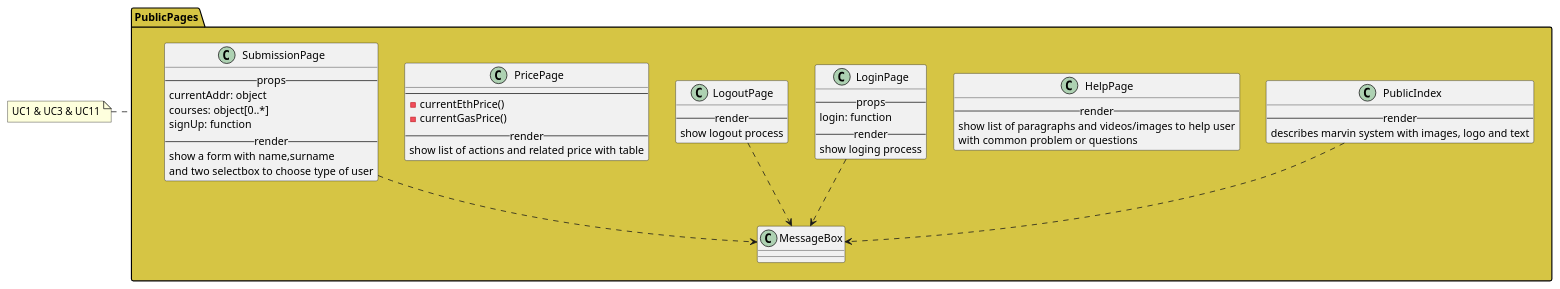
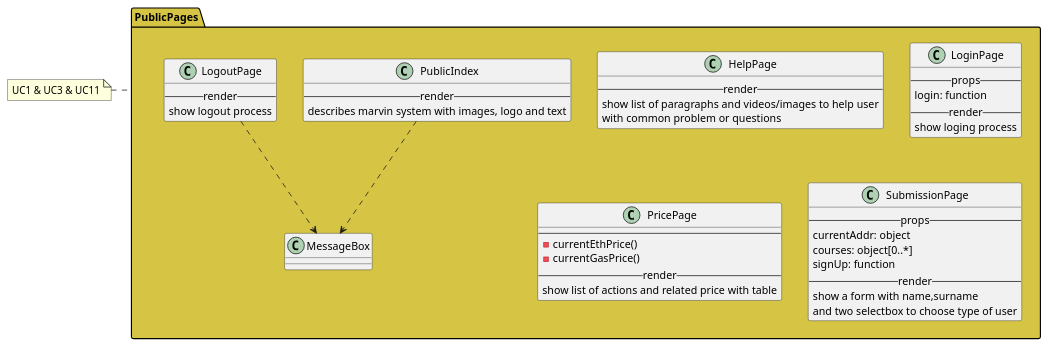
One commit to M9k/Marvin-Uml changed the diagram in react/public/index.iuml. Above: the diagram before and after it, drawn with PlantUML. The commit also changed 11 other files, not shown here.

```diff
--- a/react/public/index.iuml
+++ b/react/public/index.iuml
@@ -1,49 +1,47 @@
 package PublicPages #D6C544 {
 
   class PublicIndex {
     --render--
     describes marvin system with images, logo and text
   }
 	PublicIndex ..> MessageBox
 
   class HelpPage {
     --render--
     show list of paragraphs and videos/images to help user
     with common problem or questions
   }
 
   class LoginPage {
     --props--
     login: function
     --render--
     show loging process
   }
-	LoginPage ..> MessageBox
 
   class LogoutPage {
     --render--
     show logout process
   }
 	LogoutPage ..> MessageBox
 
   class PricePage {
     ----
     - currentEthPrice()
     - currentGasPrice()
     --render--
     show list of actions and related price with table
   }
 
   class SubmissionPage {
     --props--
     currentAddr: object
     courses: object[0..*]
     signUp: function
     --render--
     show a form with name,surname
     and two selectbox to choose type of user
   }
-	SubmissionPage ..> MessageBox
 }
 
 note left of PublicPages: UC1 & UC3 & UC11
```
